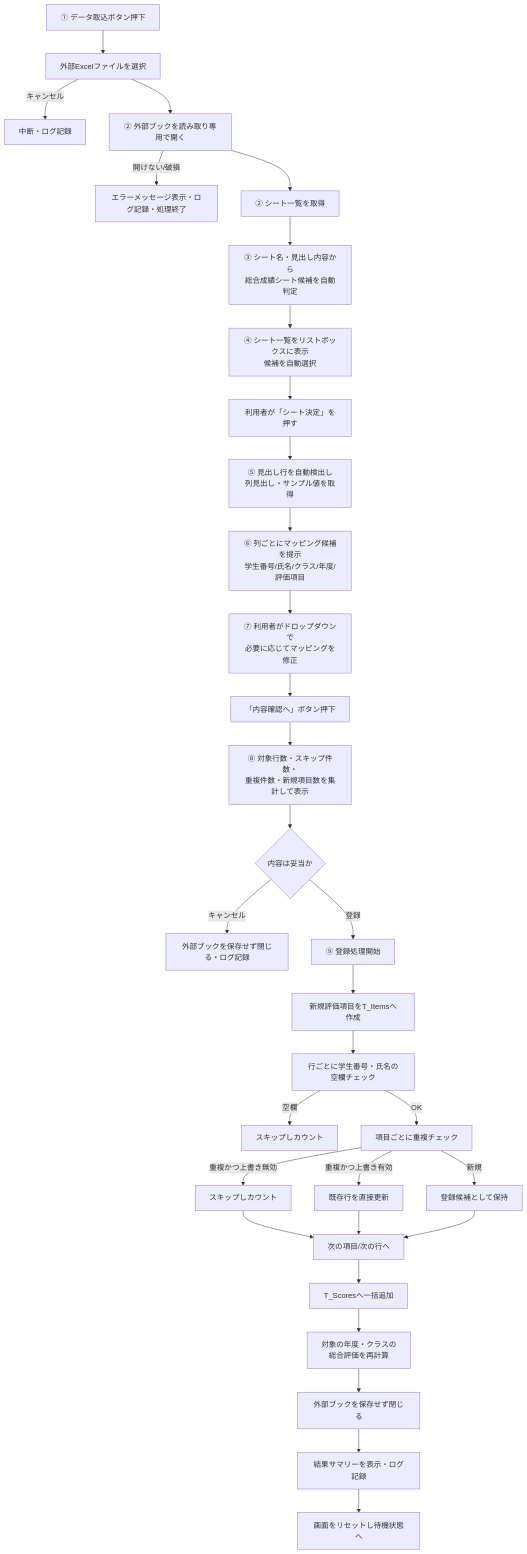
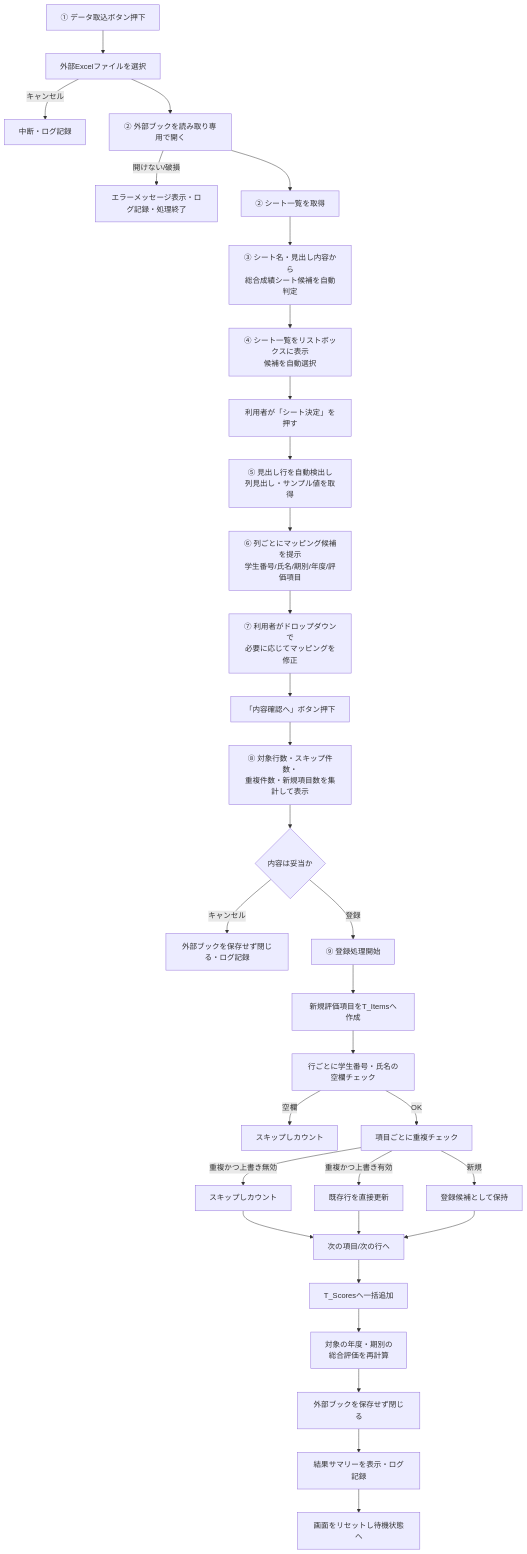
One commit to yastdKHS/sandbox changed the first of 4 diagrams in docs/04_処理フロー図.md. Above: the diagram before and after it, drawn with Mermaid. The commit also changed other lines of this file and 14 other files, not shown here.

````diff
--- a/docs/04_処理フロー図.md
+++ b/docs/04_処理フロー図.md
@@ -5,34 +5,34 @@
 ```mermaid
 flowchart TD
     A[① データ取込ボタン押下] --> B[外部Excelファイルを選択]
     B -->|キャンセル| Z1[中断・ログ記録]
     B --> C[② 外部ブックを読み取り専用で開く]
     C -->|開けない/破損| E1[エラーメッセージ表示・ログ記録・処理終了]
     C --> D[② シート一覧を取得]
     D --> F[③ シート名・見出し内容から\n総合成績シート候補を自動判定]
     F --> G[④ シート一覧をリストボックスに表示\n候補を自動選択]
     G --> H[利用者が「シート決定」を押す]
     H --> I[⑤ 見出し行を自動検出し\n列見出し・サンプル値を取得]
-    I --> J[⑥ 列ごとにマッピング候補を提示\n学生番号/氏名/クラス/年度/評価項目]
+    I --> J[⑥ 列ごとにマッピング候補を提示\n学生番号/氏名/期別/年度/評価項目]
     J --> K[⑦ 利用者がドロップダウンで\n必要に応じてマッピングを修正]
     K --> L[「内容確認へ」ボタン押下]
     L --> M[⑧ 対象行数・スキップ件数・\n重複件数・新規項目数を集計して表示]
     M --> N{内容は妥当か}
     N -->|キャンセル| Z2[外部ブックを保存せず閉じる・ログ記録]
     N -->|登録| O[⑨ 登録処理開始]
     O --> P[新規評価項目をT_Itemsへ作成]
     P --> Q[行ごとに学生番号・氏名の空欄チェック]
     Q -->|空欄| Q1[スキップしカウント]
     Q -->|OK| R[項目ごとに重複チェック]
     R -->|重複かつ上書き無効| R1[スキップしカウント]
     R -->|重複かつ上書き有効| R2[既存行を直接更新]
     R -->|新規| R3[登録候補として保持]
     R1 --> S
     R2 --> S
     R3 --> S[次の項目/次の行へ]
     S --> T[T_Scoresへ一括追加]
-    T --> U[対象の年度・クラスの\n総合評価を再計算]
+    T --> U[対象の年度・期別の\n総合評価を再計算]
     U --> V[外部ブックを保存せず閉じる]
     V --> W[結果サマリーを表示・ログ記録]
     W --> X[画面をリセットし待機状態へ]
 ```
````
